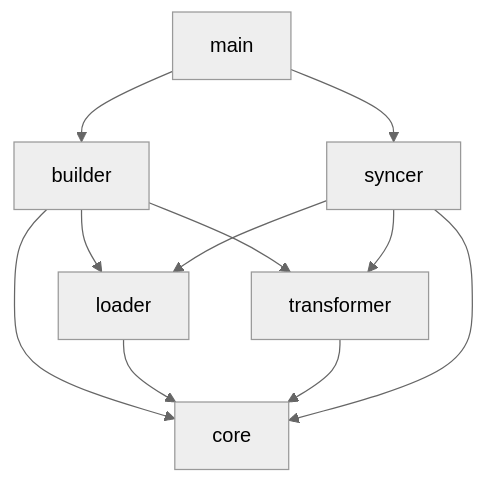
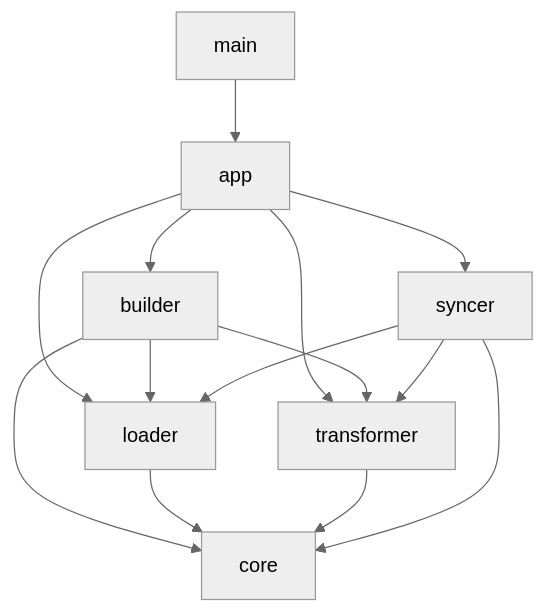
One commit to rwiv/agb changed the diagram in specs/DESIGN.md. Above: the diagram before and after it, drawn with Mermaid (neutral theme). The commit also changed other lines of this file and 15 other files, not shown here.

````diff
--- a/specs/DESIGN.md
+++ b/specs/DESIGN.md
@@ -39,13 +40,16 @@
 ```mermaid
 graph TD
-    main --> builder
-    main --> syncer
+    main --> app
+    app --> loader
+    app --> builder
+    app --> syncer
+    app --> transformer
     builder --> loader
     builder --> transformer
     syncer --> loader
     syncer --> transformer
     builder --> core
     loader --> core
     transformer --> core
     syncer --> core
 ```
````
